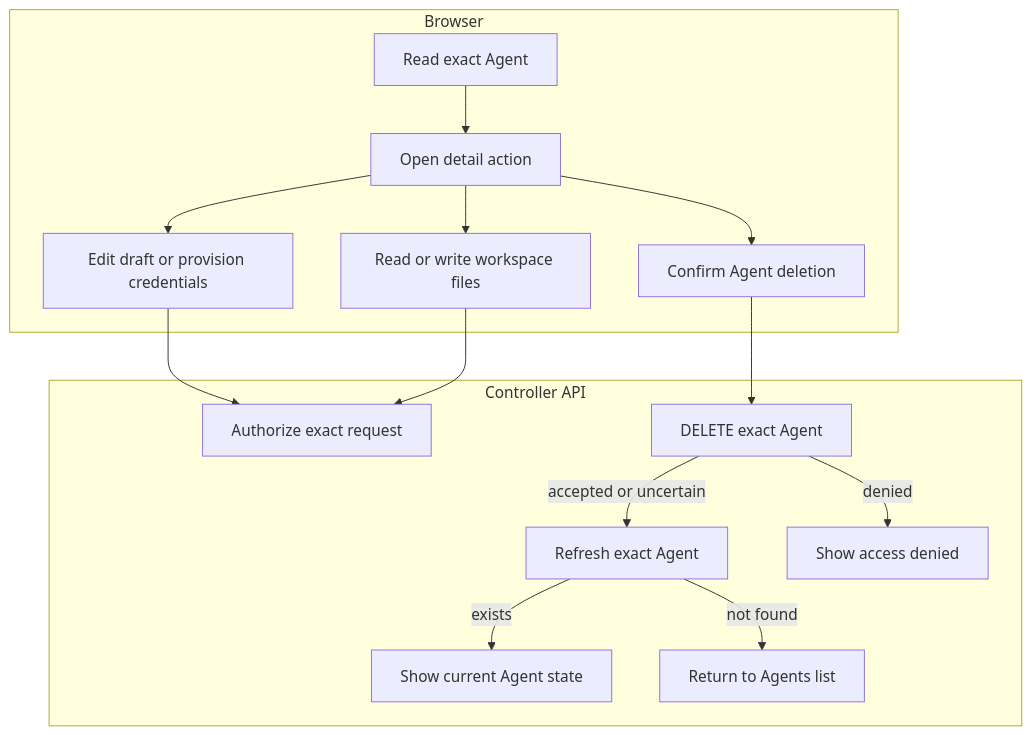
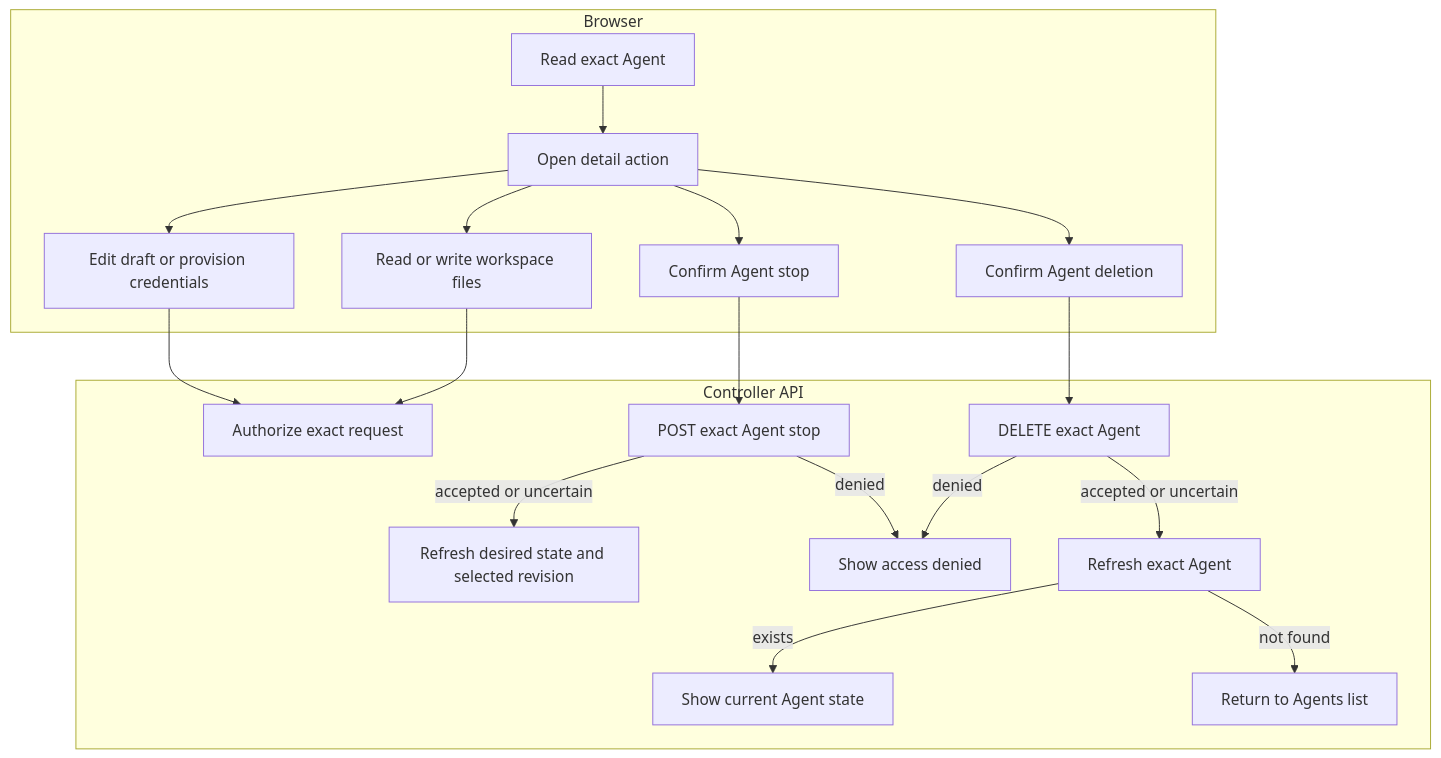
Before and after one commit to openclaw/openclaw-enterprise: the diagram in docs/flows/platform-console/agent-editing.md, drawn with Mermaid. The commit also changed other lines of this file and 14 other files, not shown here.

Commit message:
feat(console): add Agent stop control

````diff
--- a/docs/flows/platform-console/agent-editing.md
+++ b/docs/flows/platform-console/agent-editing.md
@@ -26,18 +26,22 @@
 ```mermaid
 graph TD
   subgraph Browser["Browser"]
     A["Read exact Agent"] --> B["Open detail action"]
     B --> C["Edit draft or provision credentials"]
     B --> D["Read or write workspace files"]
     B --> E["Confirm Agent deletion"]
+    B --> S["Confirm Agent stop"]
   end
   subgraph API["Controller API"]
     C --> F["Authorize exact request"]
     D --> F
     E --> G["DELETE exact Agent"]
+    S --> T["POST exact Agent stop"]
+    T -->|accepted or uncertain| U["Refresh desired state and selected revision"]
+    T -->|denied| I
     G -->|accepted or uncertain| H["Refresh exact Agent"]
     G -->|denied| I["Show access denied"]
     H -->|exists| J["Show current Agent state"]
     H -->|not found| K["Return to Agents list"]
   end
 ```
````
